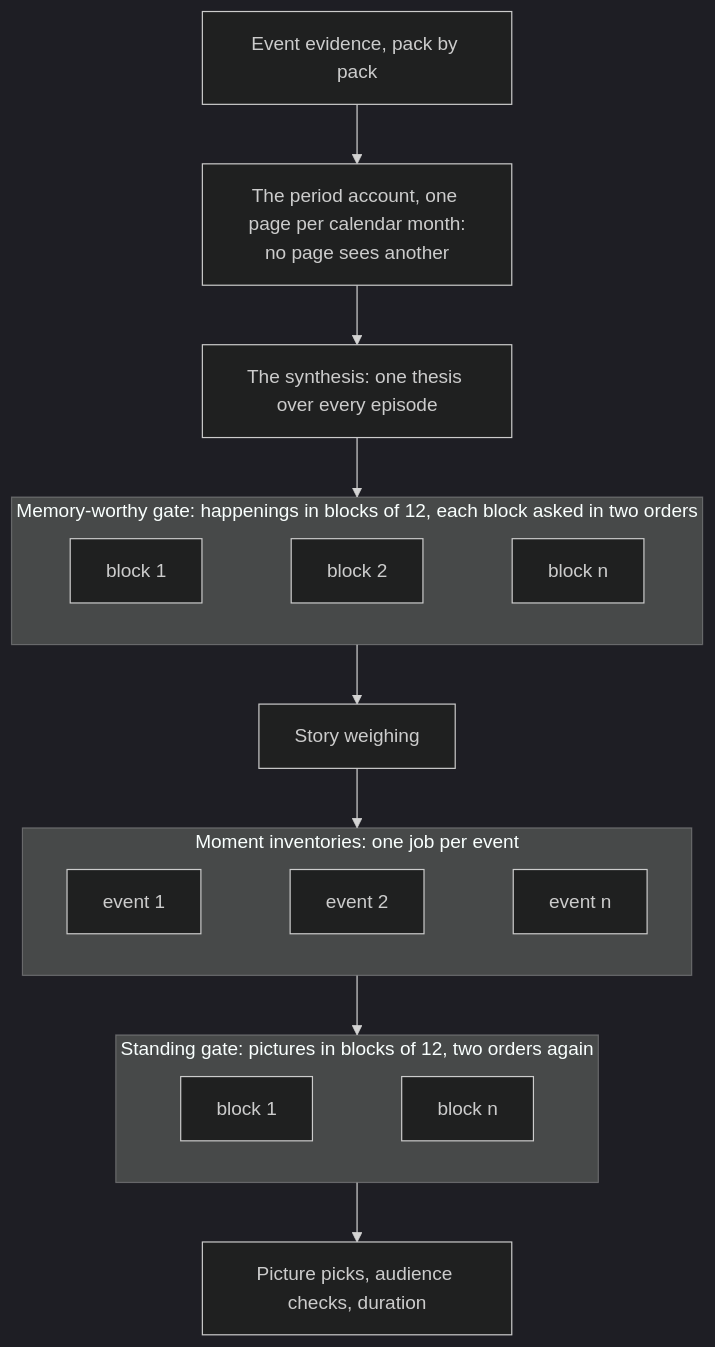
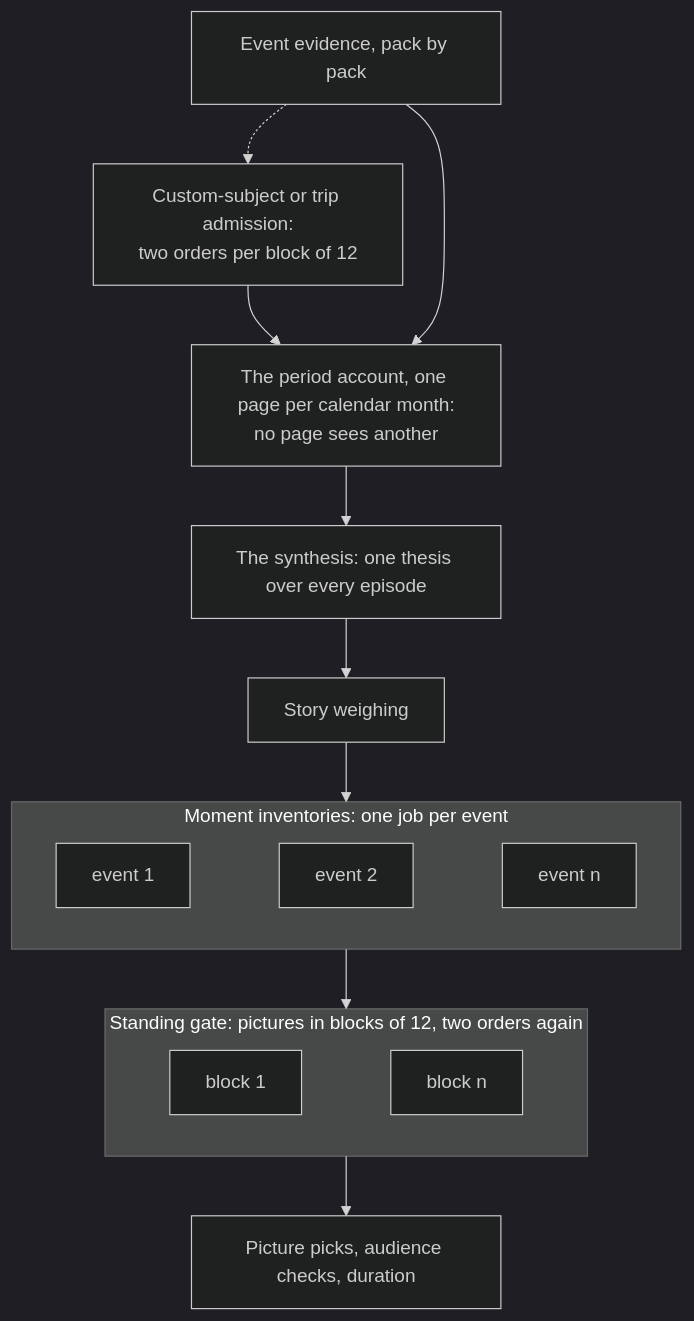
One commit to chenzeyan54-commits/immich-video-memory-generator changed the second of 2 diagrams in docs-site/docs/create/pipeline.md. Above: the diagram before and after it, drawn with Mermaid (dark theme). The commit also changed other lines of this file and 10 other files, not shown here.

````diff
--- a/docs-site/docs/create/pipeline.md
+++ b/docs-site/docs/create/pipeline.md
@@ -384,27 +392,22 @@
 ```mermaid
 flowchart TB
     packs["Event evidence, pack by pack"]
+    packs -.-> admission["Custom-subject or trip admission:<br/>two orders per block of 12"]
+    admission --> pages
     packs --> pages["The period account, one page per calendar month:<br/>no page sees another"]
     pages --> synthesis["The synthesis: one thesis over every episode"]
-
-    synthesis --> worthy
-    subgraph worthy["Memory-worthy gate: happenings in blocks of 12, each block asked in two orders"]
-        direction LR
-        w1["block 1"] ~~~ w2["block 2"] ~~~ wn["block n"]
-    end
-
-    worthy --> weigh["Story weighing"]
+    synthesis --> weigh["Story weighing"]
     weigh --> inventories
     subgraph inventories["Moment inventories: one job per event"]
         direction LR
         i1["event 1"] ~~~ i2["event 2"] ~~~ iN["event n"]
     end
 
     inventories --> standing
     subgraph standing["Standing gate: pictures in blocks of 12, two orders again"]
         direction LR
         s1["block 1"] ~~~ sn["block n"]
     end
 
     standing --> picks["Picture picks, audience checks, duration"]
 ```
````
